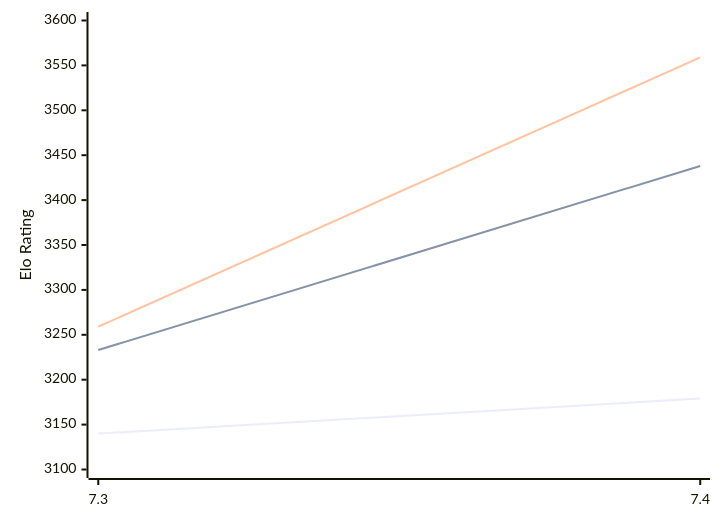
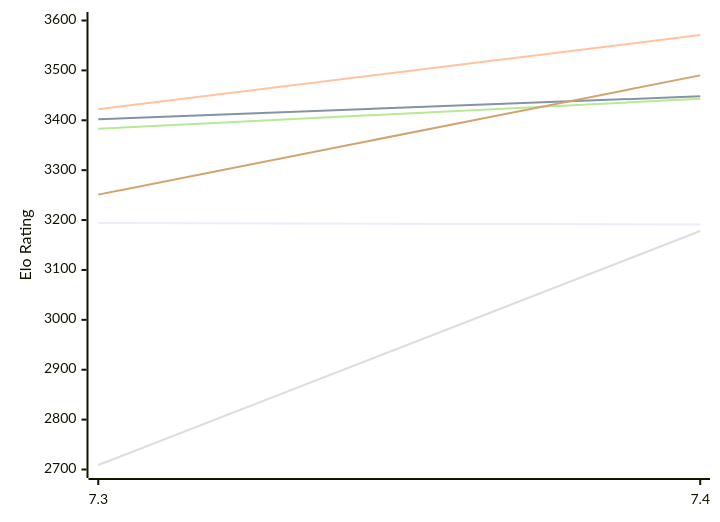
Before and after one commit to computer-chess-index/cci: the diagram in engines/Booot.md, drawn with Mermaid. The commit also changed other lines of this file, not shown here.

Commit message:
Update CCI Ratings (ELO VLTC) - 2026-11-14

````diff
--- a/engines/Booot.md
+++ b/engines/Booot.md
@@ -49,12 +49,12 @@
 ```mermaid
 %%{init: {"theme":"base","themeVariables":{"seriesColors:['#a3a3a3','#222221','#faa371']}}}%%
 xychart-beta
   x-axis ["7.3", "7.4"]
-  y-axis "Elo Rating" 3100 --> 3600
-  line "E1: STC (8.0+0.08s)" [3140, 3179]
-  line "E1: LTC (60.0+0.60s)" [3233, 3438]
-  line "E1: VLTC (2m24s+1.12s)" [3259, 3559]
-  line "P1: STC (8.0+0.08s)" [3217]
-  line "P1: LTC (60.0+0.60s)" [3479]
-  line "P1: VLTC (2m24s+1.12s)" [3528]
+  y-axis "Elo Rating" 2700 --> 3600
+  line "E1: STC (8.0+0.08s)" [3194, 3191]
+  line "E1: LTC (60.0+0.60s)" [3402, 3448]
+  line "E1: VLTC (2m24s+1.12s)" [3422, 3571]
+  line "P1: STC (8.0+0.08s)" [2709, 3178]
+  line "P1: LTC (60.0+0.60s)" [3383, 3443]
+  line "P1: VLTC (2m24s+1.12s)" [3251, 3490]
 ```
````
